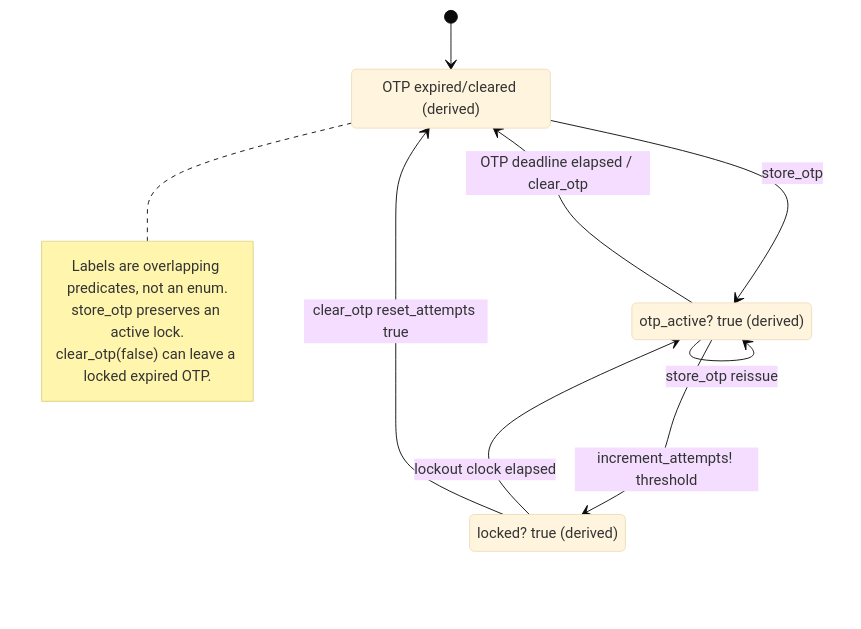
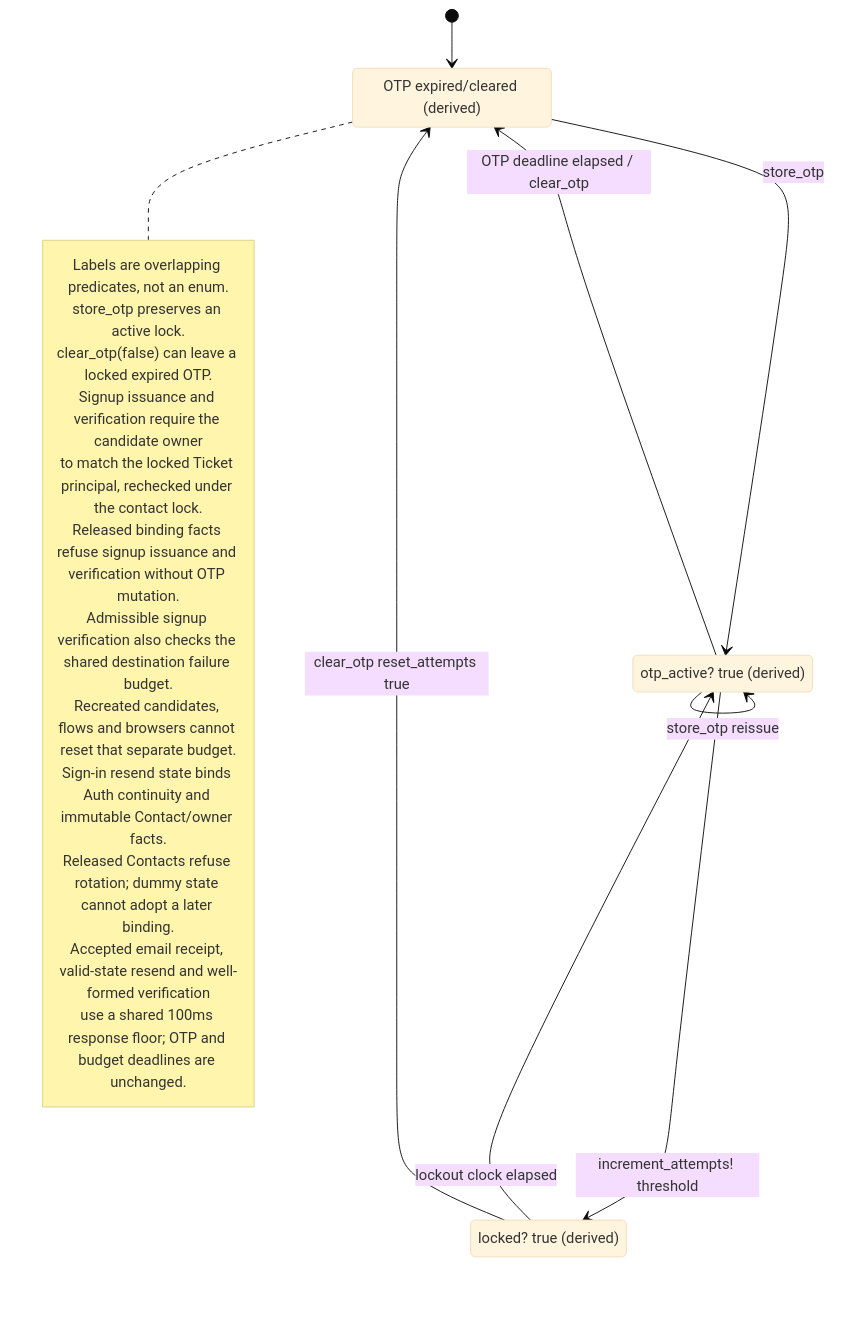
The diagram in docs/mermaid/idp-client-email-otp.mmd (seahal/umaxica-apps-jit-global), drawn with Mermaid (base theme) before and after one commit. The commit also changed 750 other files, not shown here.

```diff
--- a/docs/mermaid/idp-client-email-otp.mmd
+++ b/docs/mermaid/idp-client-email-otp.mmd
@@ -1,17 +1,26 @@
 stateDiagram-v2
     %% CURRENT implementation; sources and guards in transition inventory.
     state "OTP expired/cleared (derived)" as inactive
     state "otp_active? true (derived)" as active
     state "locked? true (derived)" as locked
     [*] --> inactive
     inactive --> active: store_otp
     active --> active: store_otp reissue
     active --> locked: increment_attempts! threshold
     locked --> active: lockout clock elapsed
     active --> inactive: OTP deadline elapsed / clear_otp
     locked --> inactive: clear_otp reset_attempts true
     note right of inactive
         Labels are overlapping predicates, not an enum.
         store_otp preserves an active lock.
         clear_otp(false) can leave a locked expired OTP.
+        Signup issuance and verification require the candidate owner
+        to match the locked Ticket principal, rechecked under the contact lock.
+        Released binding facts refuse signup issuance and verification without OTP mutation.
+        Admissible signup verification also checks the shared destination failure budget.
+        Recreated candidates, flows and browsers cannot reset that separate budget.
+        Sign-in resend state binds Auth continuity and immutable Contact/owner facts.
+        Released Contacts refuse rotation; dummy state cannot adopt a later binding.
+        Accepted email receipt, valid-state resend and well-formed verification
+        use a shared 100ms response floor; OTP and budget deadlines are unchanged.
     end note
```
